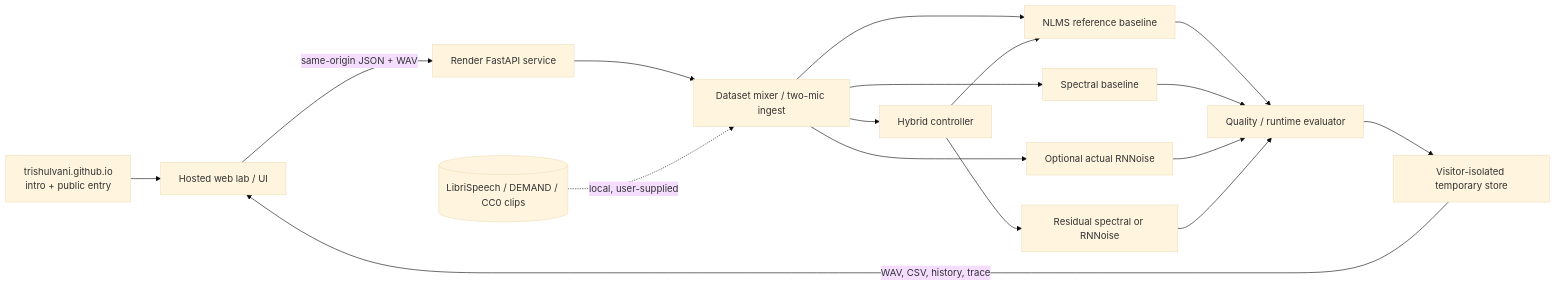
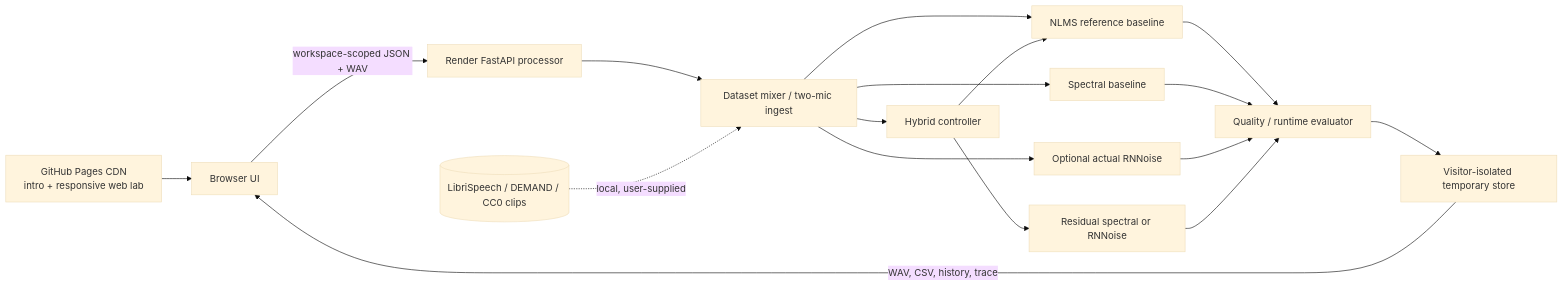
The diagram in README.md (TrishulVani/trishul-vani-studio), drawn with Mermaid (base theme) before and after one commit. The commit also changed other lines of this file and 16 other files, not shown here.

````diff
--- a/README.md
+++ b/README.md
@@ -172,19 +172,19 @@
 ```mermaid
 flowchart LR
-    P[trishulvani.github.io<br/>intro + public entry] --> A[Hosted web lab / UI]
-    A -->|same-origin JSON + WAV| B[Render FastAPI service]
+    P[GitHub Pages CDN<br/>intro + responsive web lab] --> A[Browser UI]
+    A -->|workspace-scoped JSON + WAV| B[Render FastAPI processor]
     B --> C[Dataset mixer / two-mic ingest]
     C --> D[NLMS reference baseline]
     C --> E[Spectral baseline]
     C --> F[Optional actual RNNoise]
     C --> G[Hybrid controller]
     G --> D
     G --> H[Residual spectral or RNNoise]
     D --> I[Quality / runtime evaluator]
     E --> I
     F --> I
     H --> I
     I --> J[Visitor-isolated temporary store]
     J -->|WAV, CSV, history, trace| A
     K[(LibriSpeech / DEMAND / CC0 clips)] -. local, user-supplied .-> C
 ```
````
